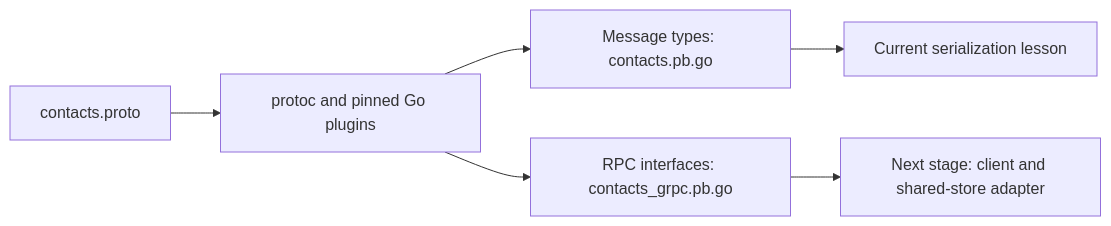
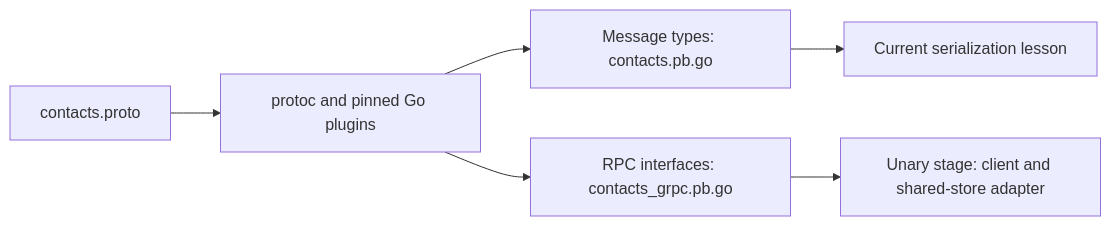
The diagram in extensions/01-protobuf-and-grpc/README.md (angelgonzalezg/golang-course), drawn with Mermaid before and after one commit. The commit also changed other lines of this file and 15 other files, not shown here.

Commit message:
feat: implement unary gRPC contacts service and client

````diff
--- a/extensions/01-protobuf-and-grpc/README.md
+++ b/extensions/01-protobuf-and-grpc/README.md
@@ -61,8 +66,8 @@
 ```mermaid
 flowchart LR
     P[contacts.proto] --> G[protoc and pinned Go plugins]
     G --> M[Message types: contacts.pb.go]
     G --> I[RPC interfaces: contacts_grpc.pb.go]
     M --> D[Current serialization lesson]
-    I --> A[Next stage: client and shared-store adapter]
+    I --> A[Unary stage: client and shared-store adapter]
 ```
````
